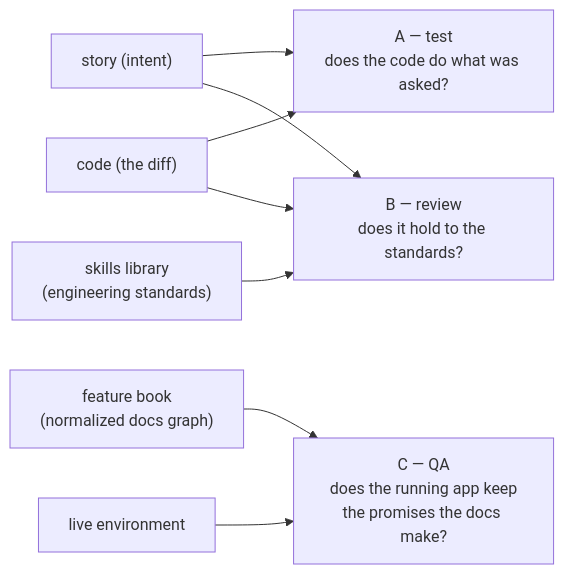
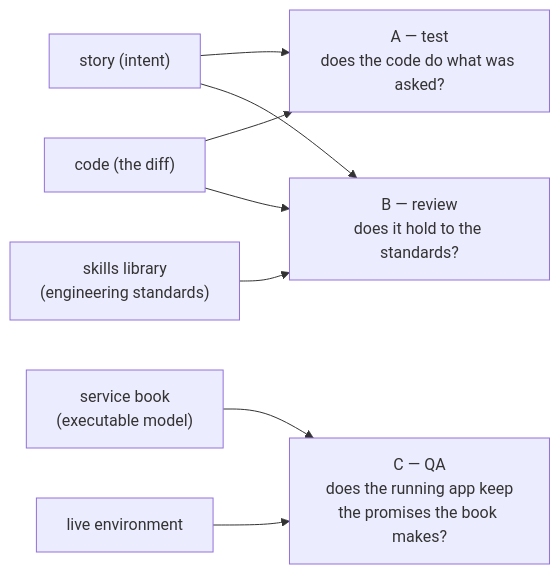
Before and after one commit to GabrielCpp/stablemate: the diagram in README.md, drawn with Mermaid. The commit also changed other lines of this file and 3 other files, not shown here.

Commit message:
docs: describe the service book where the pages were named

````diff
--- a/README.md
+++ b/README.md
@@ -66,16 +66,16 @@
 ```mermaid
 flowchart LR
     story["story (intent)"]
     code["code (the diff)"]
     skills["skills library<br/>(engineering standards)"]
-    okf["feature book<br/>(normalized docs graph)"]
+    okf["service book<br/>(executable model)"]
     live["live environment"]
 
     story --> A["A — test<br/>does the code do what was asked?"]
     code --> A
     code --> B["B — review<br/>does it hold to the standards?"]
     story --> B
     skills --> B
-    okf --> C["C — QA<br/>does the running app keep<br/>the promises the docs make?"]
+    okf --> C["C — QA<br/>does the running app keep<br/>the promises the book makes?"]
     live --> C
 ```
````
